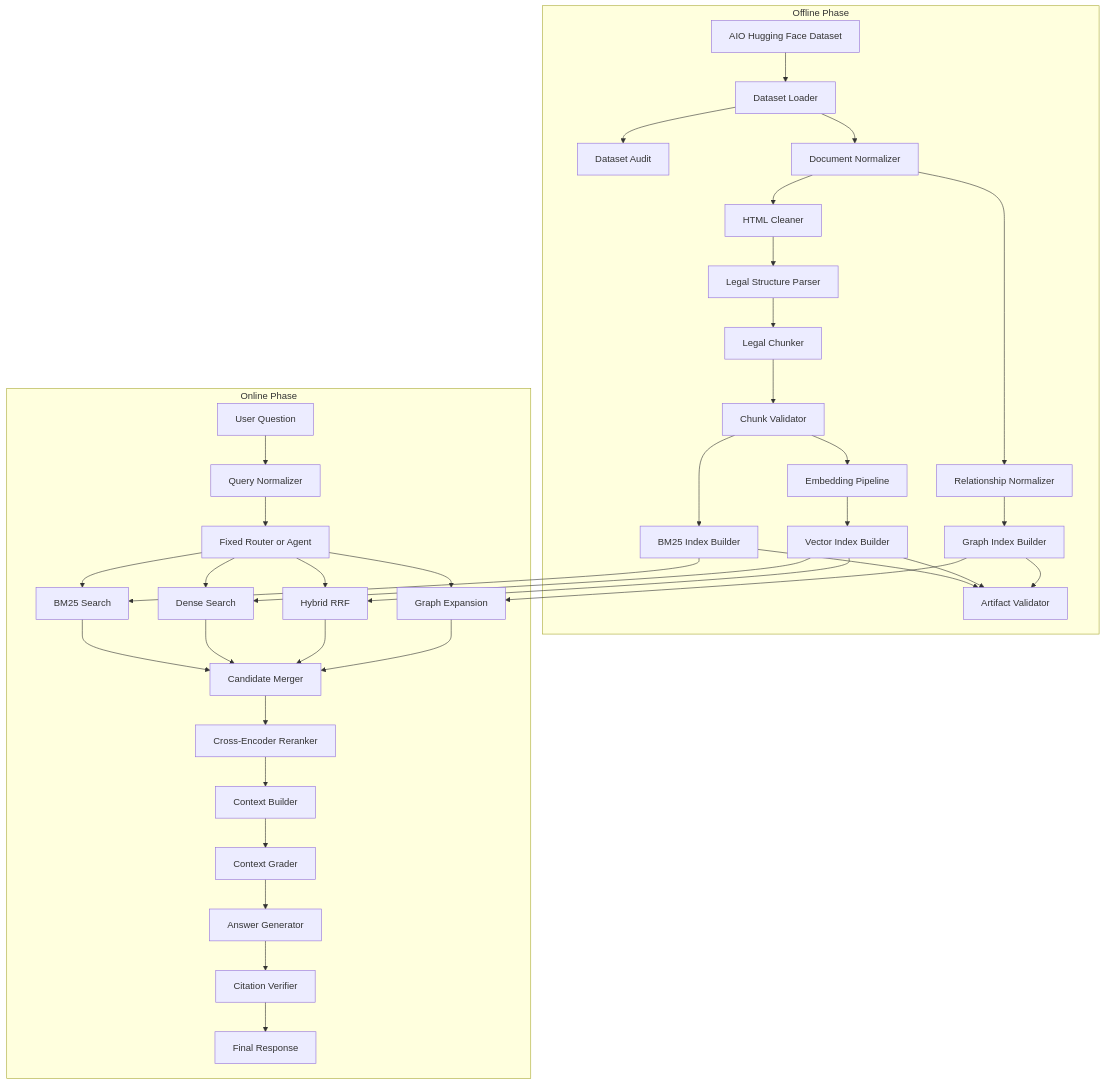
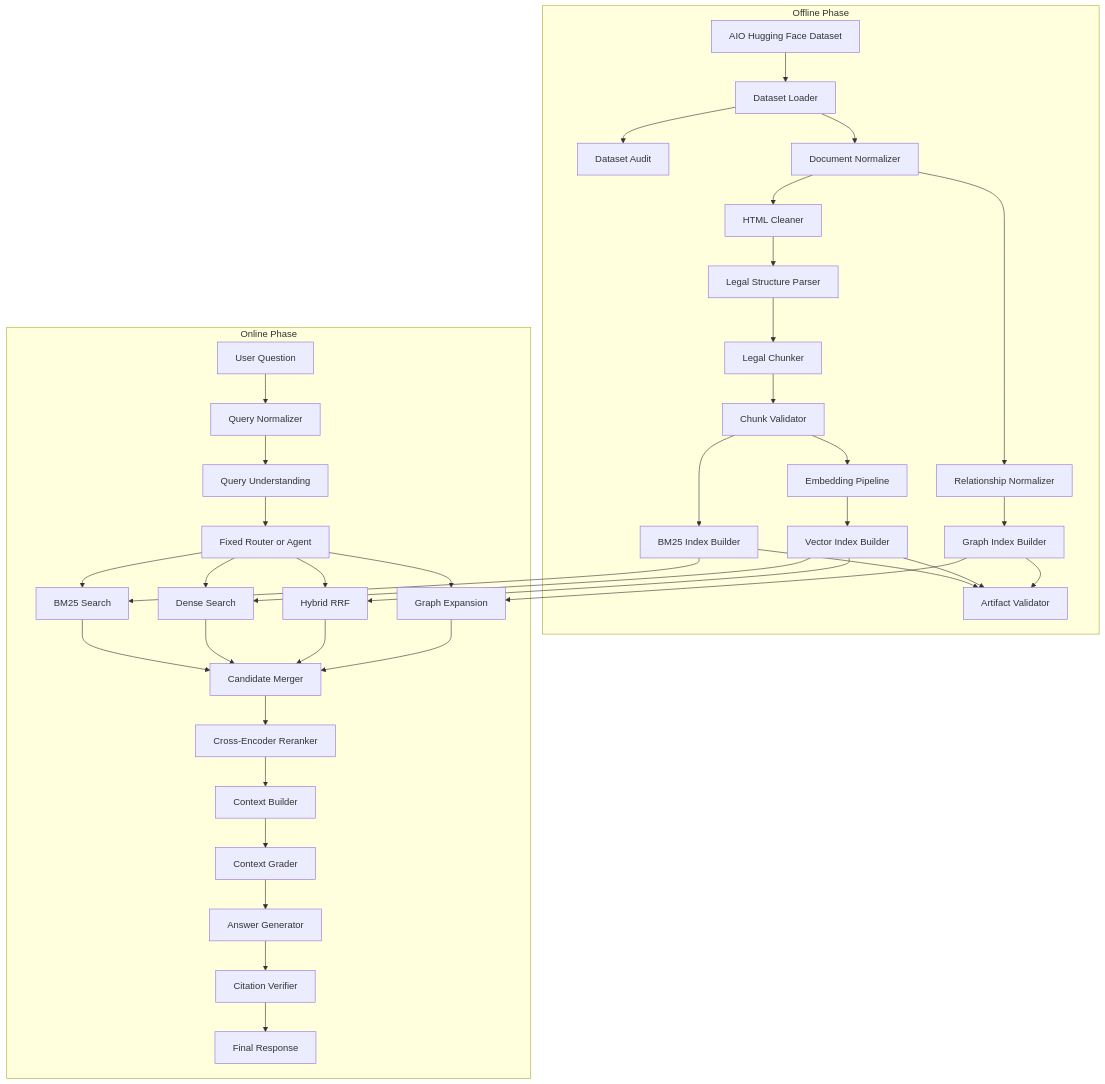
One commit to Chef221/legal-agentic-rag changed the diagram in docs/04-SYSTEM-ARCHITECTURE.md. Above: the diagram before and after it, drawn with Mermaid. The commit also changed other lines of this file and 43 other files, not shown here.

````diff
--- a/docs/04-SYSTEM-ARCHITECTURE.md
+++ b/docs/04-SYSTEM-ARCHITECTURE.md
@@ -24,74 +24,76 @@
 ```mermaid
 flowchart TD
     subgraph OFFLINE["Offline Phase"]
         A["AIO Hugging Face Dataset"]
         B["Dataset Loader"]
         C["Dataset Audit"]
         D["Document Normalizer"]
         E["HTML Cleaner"]
         F["Legal Structure Parser"]
         G["Legal Chunker"]
         H["Chunk Validator"]
         I["BM25 Index Builder"]
         J["Embedding Pipeline"]
         K["Vector Index Builder"]
         L["Relationship Normalizer"]
         M["Graph Index Builder"]
         N["Artifact Validator"]
 
         A --> B
         B --> C
         B --> D
         D --> E
         E --> F
         F --> G
         G --> H
         H --> I
         H --> J
         J --> K
         D --> L
         L --> M
         I --> N
         K --> N
         M --> N
     end
 
     subgraph ONLINE["Online Phase"]
         Q["User Question"]
         R["Query Normalizer"]
+        R2["Query Understanding"]
         S["Fixed Router or Agent"]
         T1["BM25 Search"]
         T2["Dense Search"]
         T3["Hybrid RRF"]
         T4["Graph Expansion"]
         U["Candidate Merger"]
         V["Cross-Encoder Reranker"]
         W["Context Builder"]
         X["Context Grader"]
         Y["Answer Generator"]
         Z["Citation Verifier"]
         O["Final Response"]
 
         Q --> R
-        R --> S
+        R --> R2
+        R2 --> S
         S --> T1
         S --> T2
         S --> T3
         S --> T4
         T1 --> U
         T2 --> U
         T3 --> U
         T4 --> U
         U --> V
         V --> W
         W --> X
         X --> Y
         Y --> Z
         Z --> O
     end
 
     I --> T1
     K --> T2
     K --> T3
     M --> T4
 ```
````
